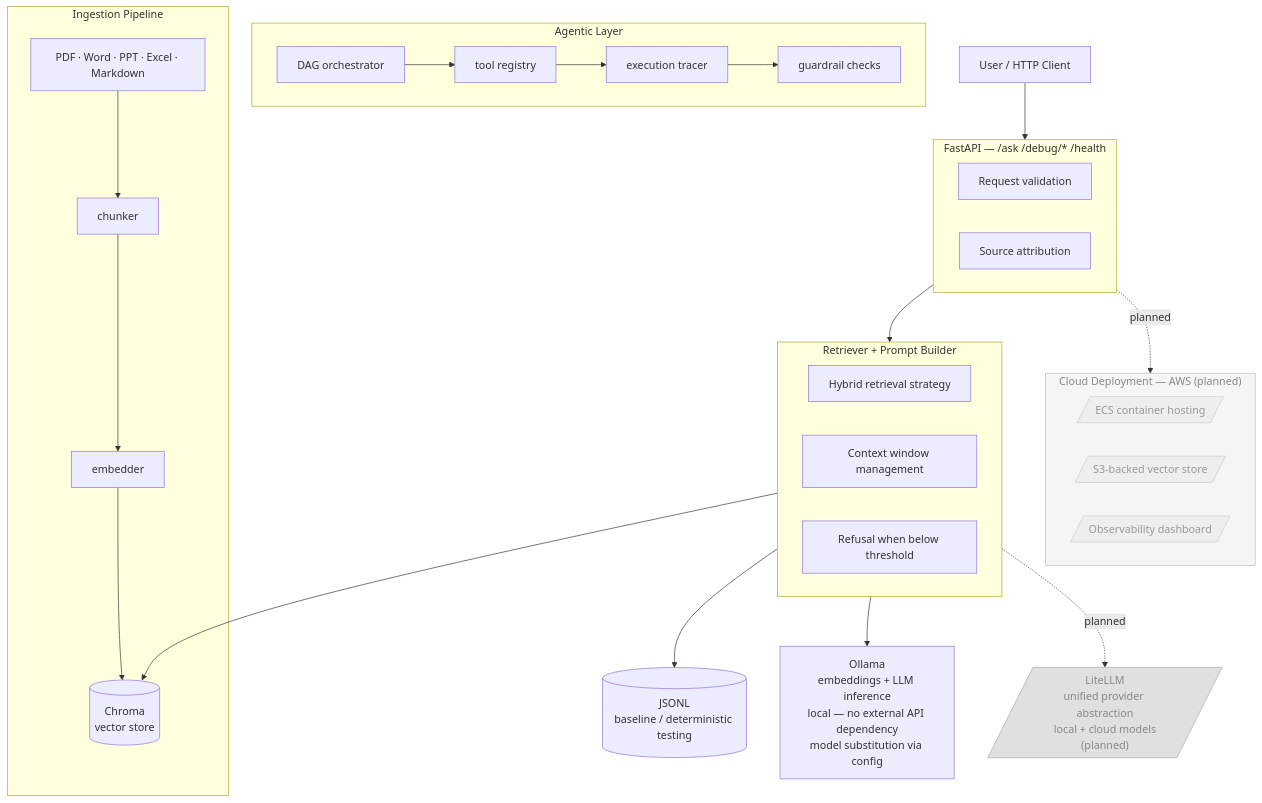
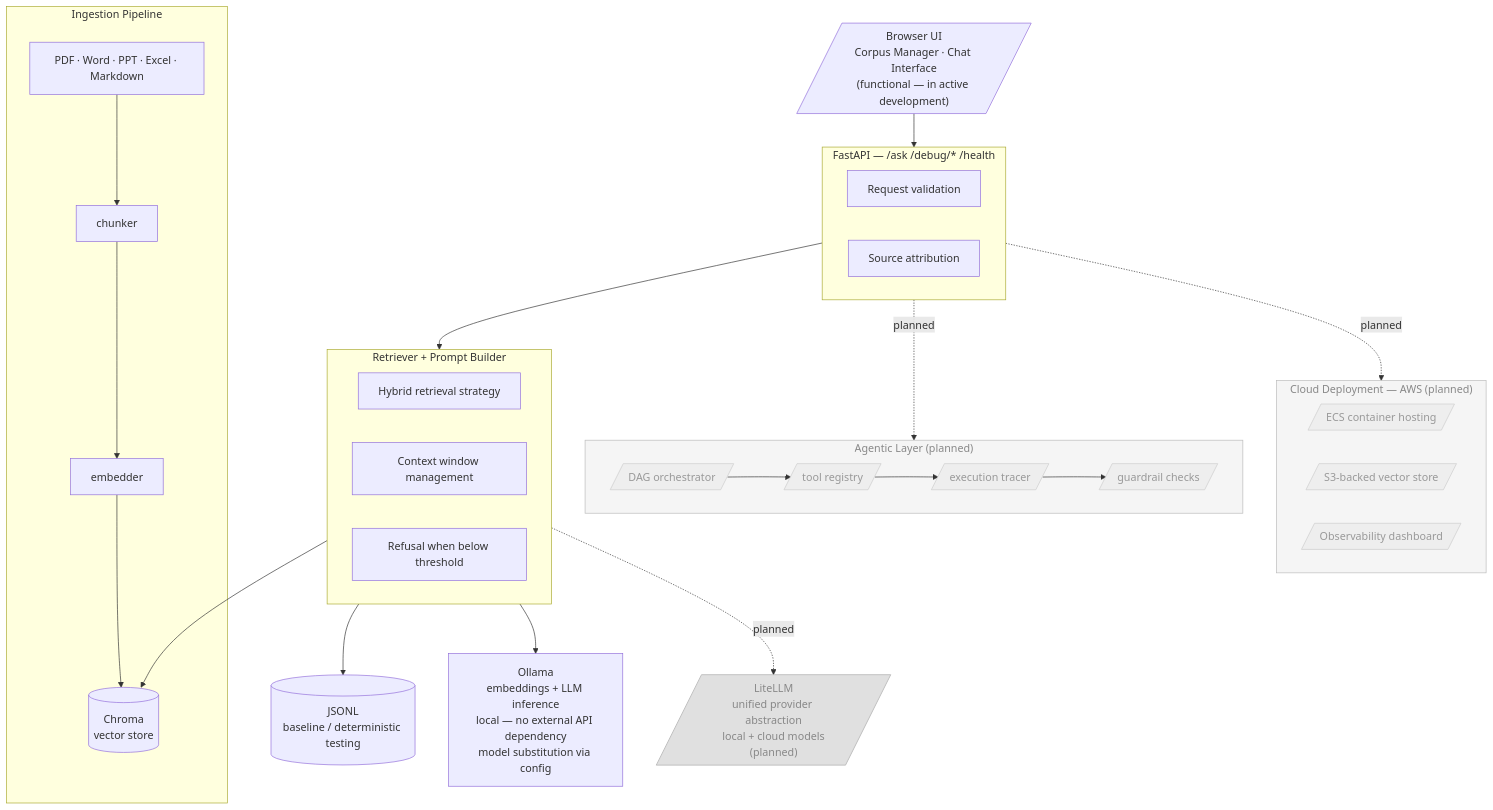
One commit to mbarberony/AIStudio changed the diagram in README.md. Above: the diagram before and after it, drawn with Mermaid. The commit also changed other lines of this file, not shown here.

Commit message:
Improve README: what-it-does, performance note, diagram narrative

````diff
--- a/README.md
+++ b/README.md
@@ -102,54 +116,61 @@
 ```mermaid
 flowchart TD
-    U[User / HTTP Client]
+    U[/"Browser UI\nCorpus Manager · Chat Interface\n(functional — in active development)"/]
     U --> API
 
     subgraph API["FastAPI — /ask  /debug/*  /health"]
         AV[Request validation]
         AS[Source attribution]
     end
 
     API --> RPB
 
     subgraph RPB["Retriever + Prompt Builder"]
         RH[Hybrid retrieval strategy]
         RC[Context window management]
         RR[Refusal when below threshold]
     end
 
     RPB --> C
     RPB --> J
     RPB --> O
     RPB -.->|planned| L
 
     C[(Chroma\nvector store)]
     J[(JSONL\nbaseline / deterministic testing)]
     O[Ollama\nembeddings + LLM inference\nlocal — no external API dependency\nmodel substitution via config]
+
     L[/"LiteLLM\nunified provider abstraction\nlocal + cloud models\n(planned)"/]
 
-    subgraph AG["Agentic Layer"]
-        DAG[DAG orchestrator] --> TR[tool registry]
-        TR --> ET[execution tracer]
-        ET --> GC[guardrail checks]
+    subgraph AG["Agentic Layer (planned)"]
+        DAG[/"DAG orchestrator"/] --> TR[/"tool registry"/]
+        TR --> ET[/"execution tracer"/]
+        ET --> GC[/"guardrail checks"/]
     end
 
     subgraph ING["Ingestion Pipeline"]
         IN[PDF · Word · PPT · Excel · Markdown] --> CH[chunker]
         CH --> EM[embedder]
         EM --> C
     end
 
     subgraph CLOUD["Cloud Deployment — AWS (planned)"]
         ECS[/"ECS container hosting"/]
         S3[/"S3-backed vector store"/]
         OBS[/"Observability dashboard"/]
     end
 
+    API -.->|planned| AG
     API -.->|planned| CLOUD
 
     style L fill:#e0e0e0,stroke:#aaaaaa,color:#888888
+    style AG fill:#f5f5f5,stroke:#bbbbbb,color:#888888
+    style DAG fill:#eeeeee,stroke:#cccccc,color:#999999
+    style TR fill:#eeeeee,stroke:#cccccc,color:#999999
+    style ET fill:#eeeeee,stroke:#cccccc,color:#999999
+    style GC fill:#eeeeee,stroke:#cccccc,color:#999999
     style CLOUD fill:#f5f5f5,stroke:#bbbbbb,color:#888888
     style ECS fill:#eeeeee,stroke:#cccccc,color:#999999
     style S3 fill:#eeeeee,stroke:#cccccc,color:#999999
     style OBS fill:#eeeeee,stroke:#cccccc,color:#999999
 ```
````
